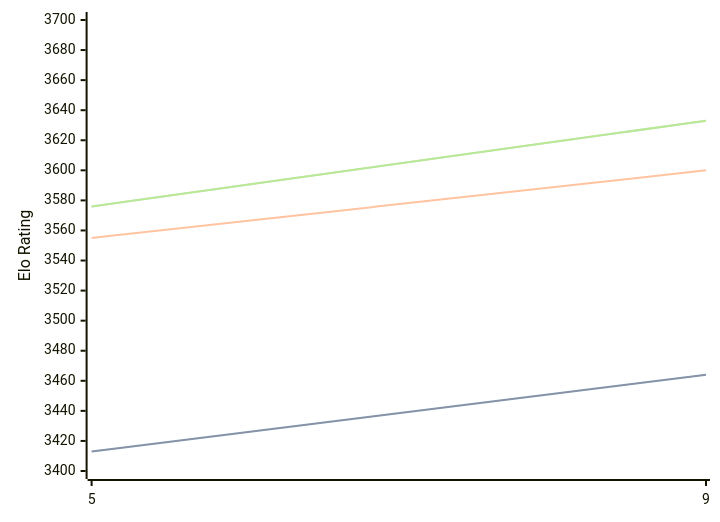
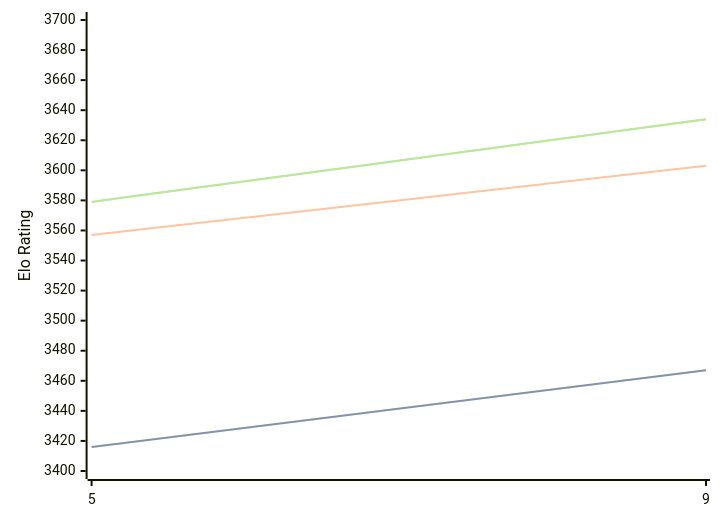
The diagram in engines/Crystal.md (computer-chess-index/cci), drawn with Mermaid before and after one commit. The commit also changed other lines of this file, not shown here.

Commit message:
Update CCI Ratings (ELO VLTC) - 2026-02-20

````diff
--- a/engines/Crystal.md
+++ b/engines/Crystal.md
@@ -57,11 +57,11 @@
 ```mermaid
 %%{init: {"theme":"base","themeVariables":{"seriesColors:['#a3a3a3','#222221','#faa371']}}}%%
 xychart-beta
   x-axis ["5", "9"]
   y-axis "Elo Rating" 3400 --> 3700
-  line "STC (8.0+0.08s)" [3413, 3464]
-  line "STC (8.0+0.08s)" [3413, 3464]
-  line "LTC (60.0+0.60s)" [3555, 3600]
-  line "VLTC (2m24s+1.12s)" [3576, 3633]
-  line "VLTC (2m24s+1.12s)" [3576, 3633]
+  line "STC (8.0+0.08s)" [3416, 3467]
+  line "STC (8.0+0.08s)" [3416, 3467]
+  line "LTC (60.0+0.60s)" [3557, 3603]
+  line "VLTC (2m24s+1.12s)" [3579, 3634]
+  line "VLTC (2m24s+1.12s)" [3579, 3634]
 ```
````
